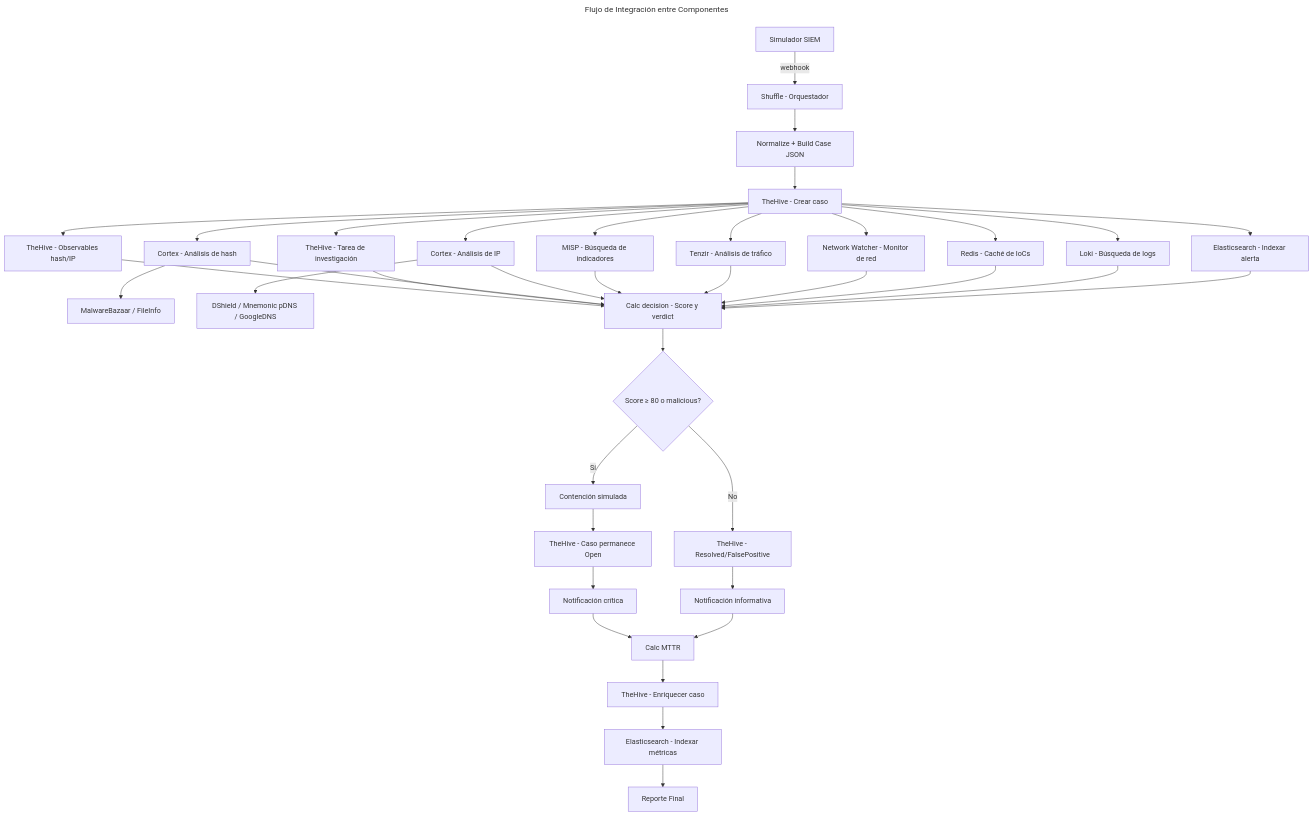
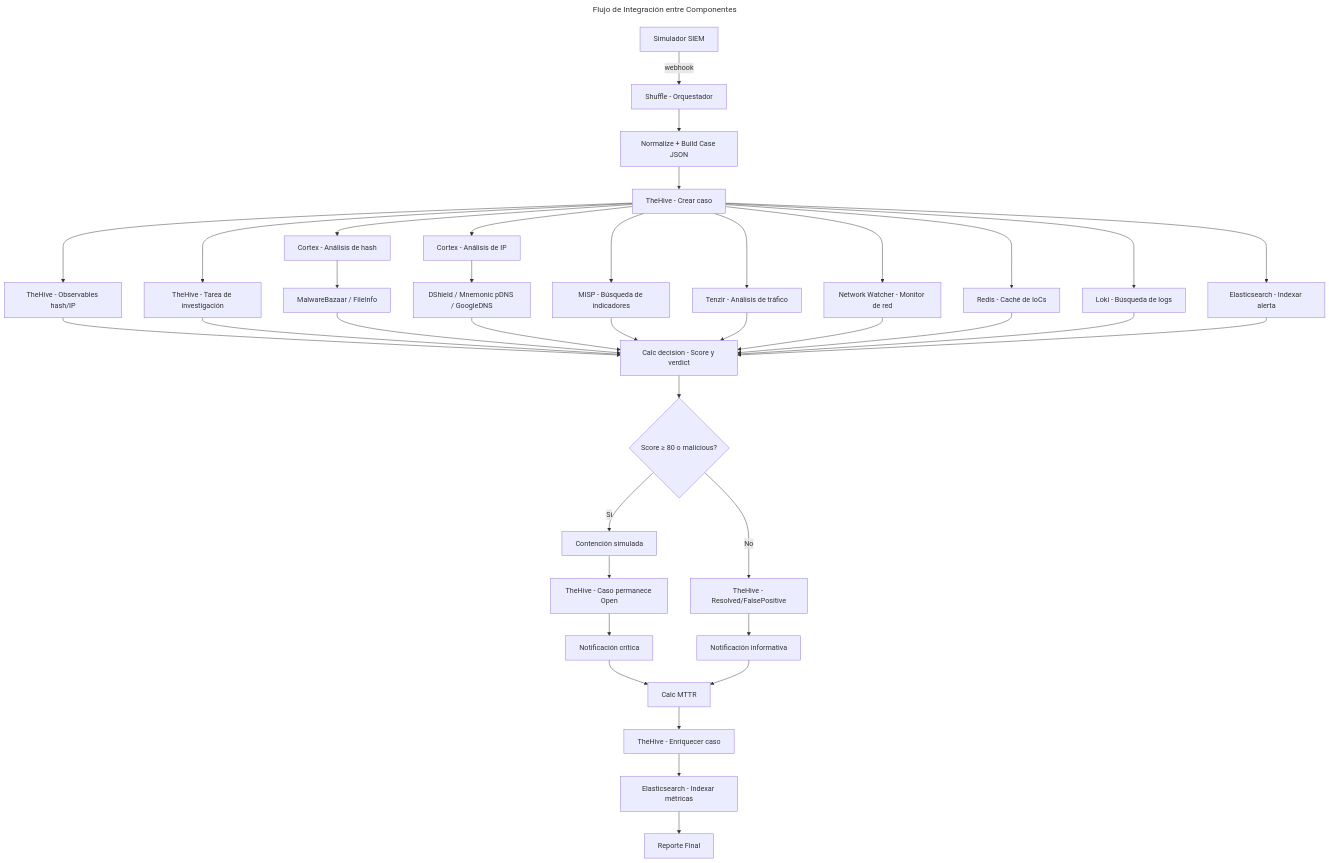
Before and after one commit to alesanfe/soar-ransomware-lab: the fourth of 10 diagrams in docs/thesis/specific_development.md, drawn with Mermaid.

Commit message:
docs(thesis): corregir nodos hoja I y J en Flujo de Integracion
I (MalwareBazaar/FileInfo) y J (DShield/Mnemonic/GoogleDNS) eran nodos
hoja sin flechas salientes. En la realidad, los resultados de los
analyzers individuales alimentan calc_decision:
- ACT_CORTEX_HASH_VIRUSSHARE -> ACT_CALC_DECISION
- ACT_CORTEX_IP_DSHIELD -> ACT_CALC_DECISION
- ACT_CORTEX_IP_MNEMONIC_PDNS -> ACT_CALC_DECISION
- ACT_CORTEX_IP_GOOGLEDNS -> ACT_CALC_DECISION

Cambiado G->P por I->P y H->P por J->P. Ahora G y H son nodos
passthrough (Cortex -> analyzers) y los resultados fluyen de los
analyzers al decision.

Verificado: 27 nodos, todos conectados, sin huerfanos.

````diff
--- a/docs/thesis/specific_development.md
+++ b/docs/thesis/specific_development.md
@@ -278,42 +278,42 @@
 ```mermaid
 ---
 title: Flujo de Integración entre Componentes
 ---
 graph TD
     A[Simulador SIEM] -->|webhook| B[Shuffle - Orquestador]
     B --> C[Normalize + Build Case JSON]
     C --> D[TheHive - Crear caso]
     D --> E[TheHive - Observables hash/IP]
     D --> F[TheHive - Tarea de investigación]
     D --> G[Cortex - Análisis de hash]
     D --> H[Cortex - Análisis de IP]
     G --> I[MalwareBazaar / FileInfo]
     H --> J[DShield / Mnemonic pDNS / GoogleDNS]
     D --> K[MISP - Búsqueda de indicadores]
     D --> L[Tenzir - Análisis de tráfico]
     D --> M[Network Watcher - Monitor de red]
     D --> N[Redis - Caché de IoCs]
     D --> O[Loki - Búsqueda de logs]
     D --> ES[Elasticsearch - Indexar alerta]
     E --> P[Calc decision - Score y verdict]
     F --> P
-    G --> P
-    H --> P
+    I --> P
+    J --> P
     K --> P
     L --> P
     M --> P
     N --> P
     O --> P
     ES --> P
     P --> Q{Score ≥ 80 o malicious?}
     Q -->|Sí| R[Contención simulada]
     Q -->|No| S[TheHive - Resolved/FalsePositive]
     R --> T[TheHive - Caso permanece Open]
     T --> V[Notificación crítica]
     S --> W[Notificación informativa]
     V --> Y[Calc MTTR]
     W --> Y
     Y --> X[TheHive - Enriquecer caso]
     X --> Z[Elasticsearch - Indexar métricas]
     Z --> AA[Reporte Final]
 ```
````
